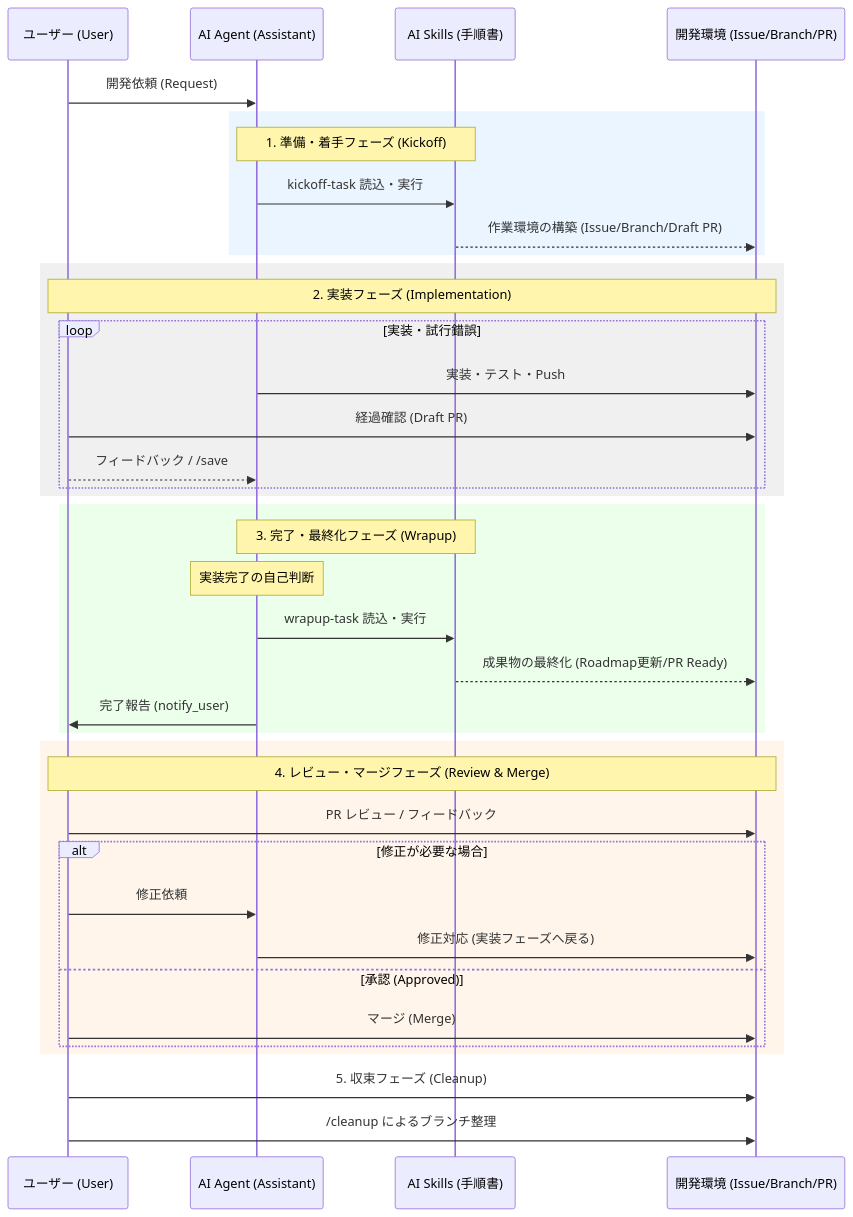
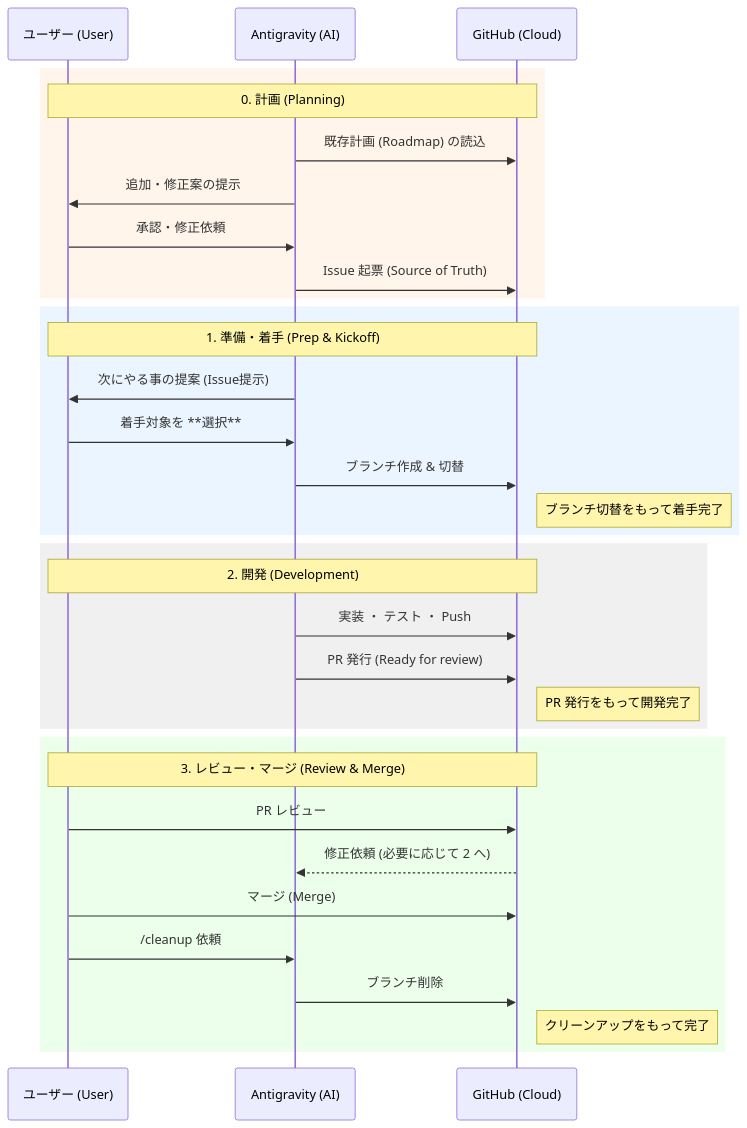
Before and after one commit to asabon/antigravity-workflow: the second of 4 diagrams in docs/workflow/design.md, drawn with Mermaid. The commit also changed other lines of this file, not shown here.

Commit message:
docs: 繝ｯ繝ｼ繧ｯ繝輔Ο繝ｼ險ｭ險亥峙縺ｮ菴懈・縺ｨ AI Skill 縺ｮ豢礼ｷｴ (髫主ｱ､逧・憾諷区 shot)

````diff
--- a/docs/workflow/design.md
+++ b/docs/workflow/design.md
@@ -9,46 +43,39 @@
 ```mermaid
 sequenceDiagram
     participant U as ユーザー (User)
-    participant A as AI Agent (Assistant)
-    participant S as AI Skills (手順書)
-    participant E as 開発環境 (Issue/Branch/PR)
+    participant A as Antigravity (AI)
+    participant G as GitHub (Cloud)
 
-    U->>A: 開発依頼 (Request)
-    
+    rect rgb(255, 245, 235)
+        Note over U, G: 0. 計画 (Planning)
+        A->>G: 既存計画 (Roadmap) の読込
+        A->>U: 追加・修正案の提示
+        U->>A: 承認・修正依頼
+        A->>G: Issue 起票 (Source of Truth)
+    end
+
     rect rgb(235, 245, 255)
-        Note over A,S: 1. 準備・着手フェーズ (Kickoff)
-        A->>S: kickoff-task 読込・実行
-        S-->>E: 作業環境の構築 (Issue/Branch/Draft PR)
+        Note over U, G: 1. 準備・着手 (Prep & Kickoff)
+        A->>U: 次にやる事の提案 (Issue提示)
+        U->>A: 着手対象を **選択**
+        A->>G: ブランチ作成 & 切替
+        Note right of G: ブランチ切替をもって着手完了
     end
 
     rect rgb(240, 240, 240)
-        Note over U,E: 2. 実装フェーズ (Implementation)
-        loop 実装・試行錯誤
-            A->>E: 実装・テスト・Push
-            U->>E: 経過確認 (Draft PR)
-            U-->>A: フィードバック / /save
-        end
-    end
-    
-    rect rgb(235, 255, 235)
-        Note over A,S: 3. 完了・最終化フェーズ (Wrapup)
-        Note over A: 実装完了の自己判断
-        A->>S: wrapup-task 読込・実行
-        S-->>E: 成果物の最終化 (Roadmap更新/PR Ready)
-        A->>U: 完了報告 (notify_user)
+        Note over U, G: 2. 開発 (Development)
+        A->>G: 実装 ・ テスト ・ Push
+        A->>G: PR 発行 (Ready for review)
+        Note right of G: PR 発行をもって開発完了
     end
 
-    rect rgb(255, 245, 235)
-        Note over U,E: 4. レビュー・マージフェーズ (Review & Merge)
-        U->>E: PR レビュー / フィードバック
-        alt 修正が必要な場合
-            U->>A: 修正依頼
-            A->>E: 修正対応 (実装フェーズへ戻る)
-        else 承認 (Approved)
-            U->>E: マージ (Merge)
-        end
+    rect rgb(235, 255, 235)
+        Note over U, G: 3. レビュー・マージ (Review & Merge)
+        U->>G: PR レビュー
+        G-->>A: 修正依頼 (必要に応じて 2 へ)
+        U->>G: マージ (Merge)
+        U->>A: /cleanup 依頼
+        A->>G: ブランチ削除
+        Note right of G: クリーンアップをもって完了
     end
-    
-    U->>E: 5. 収束フェーズ (Cleanup)
-    U->>E: /cleanup によるブランチ整理
 ```
````
